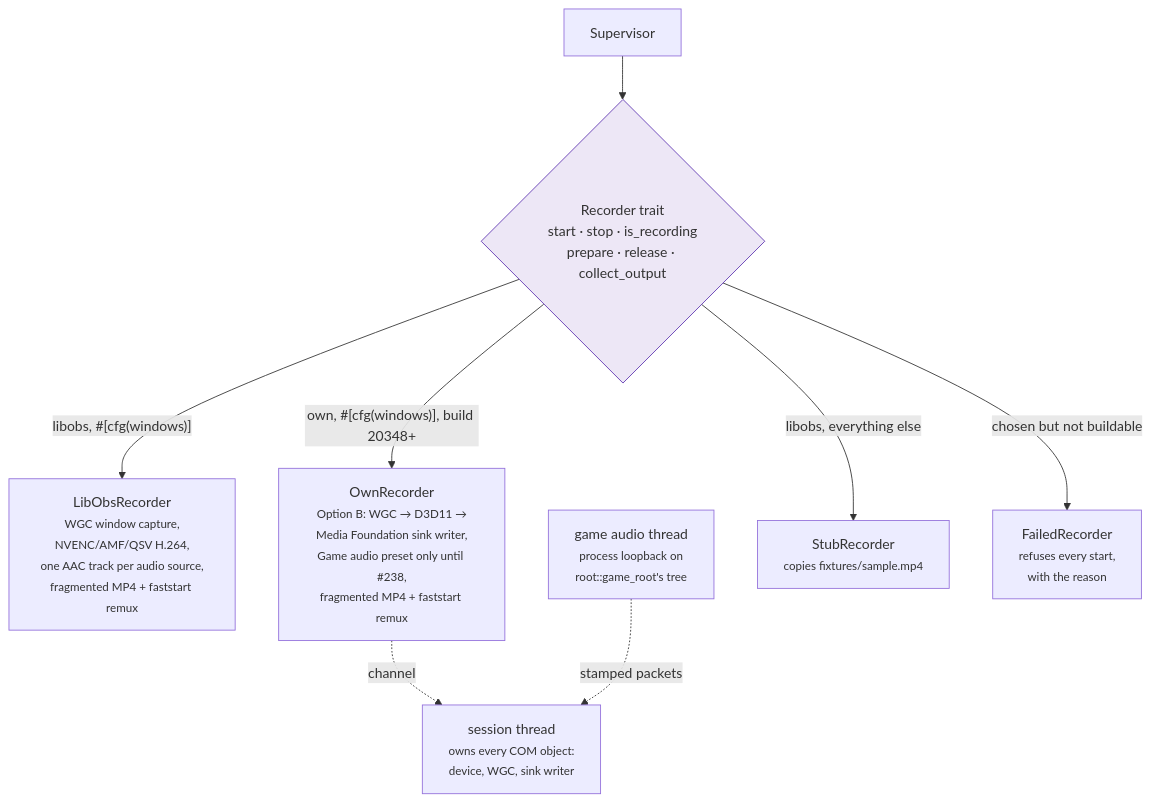
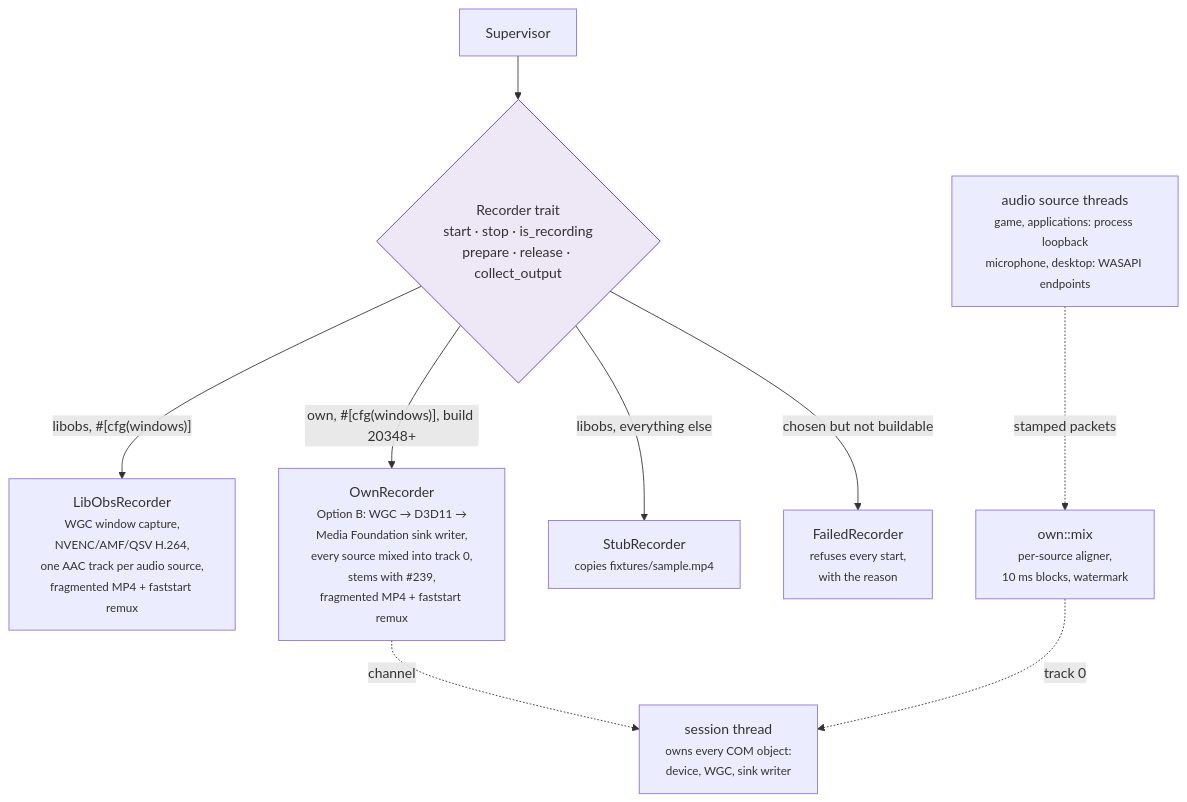
One commit to NinjaGoldfinch/ninja-recorder changed the third of 9 diagrams in docs/architecture.md. Above: the diagram before and after it, drawn with Mermaid. The commit also changed other lines of this file and 15 other files, not shown here.

````diff
--- a/docs/architecture.md
+++ b/docs/architecture.md
@@ -156,11 +158,12 @@
 ```mermaid
 flowchart TB
     SUP["Supervisor"] --> T{"Recorder trait<br/>start · stop · is_recording<br/>prepare · release · collect_output"}
     T -->|"libobs, #[cfg(windows)]"| L["LibObsRecorder<br/><small>WGC window capture,<br/>NVENC/AMF/QSV H.264,<br/>one AAC track per audio source,<br/>fragmented MP4 + faststart remux</small>"]
-    T -->|"own, #[cfg(windows)], build 20348+"| O["OwnRecorder<br/><small>Option B: WGC → D3D11 →<br/>Media Foundation sink writer,<br/>Game audio preset only until #238,<br/>fragmented MP4 + faststart remux</small>"]
+    T -->|"own, #[cfg(windows)], build 20348+"| O["OwnRecorder<br/><small>Option B: WGC → D3D11 →<br/>Media Foundation sink writer,<br/>every source mixed into track 0,<br/>stems with #239,<br/>fragmented MP4 + faststart remux</small>"]
     O -.->|"channel"| SES["session thread<br/><small>owns every COM object:<br/>device, WGC, sink writer</small>"]
-    AUD["game audio thread<br/><small>process loopback on<br/>root::game_root's tree</small>"] -.->|"stamped packets"| SES
+    AUD["audio source threads<br/><small>game, applications: process loopback<br/>microphone, desktop: WASAPI endpoints</small>"] -.->|"stamped packets"| MIX["own::mix<br/><small>per-source aligner,<br/>10 ms blocks, watermark</small>"]
+    MIX -.->|"track 0"| SES
     T -->|"libobs, everything else"| S["StubRecorder<br/><small>copies fixtures/sample.mp4</small>"]
     T -->|"chosen but not buildable"| F["FailedRecorder<br/><small>refuses every start,<br/>with the reason</small>"]
     style T fill:#ede7f6,stroke:#5e35b1
 ```
````
